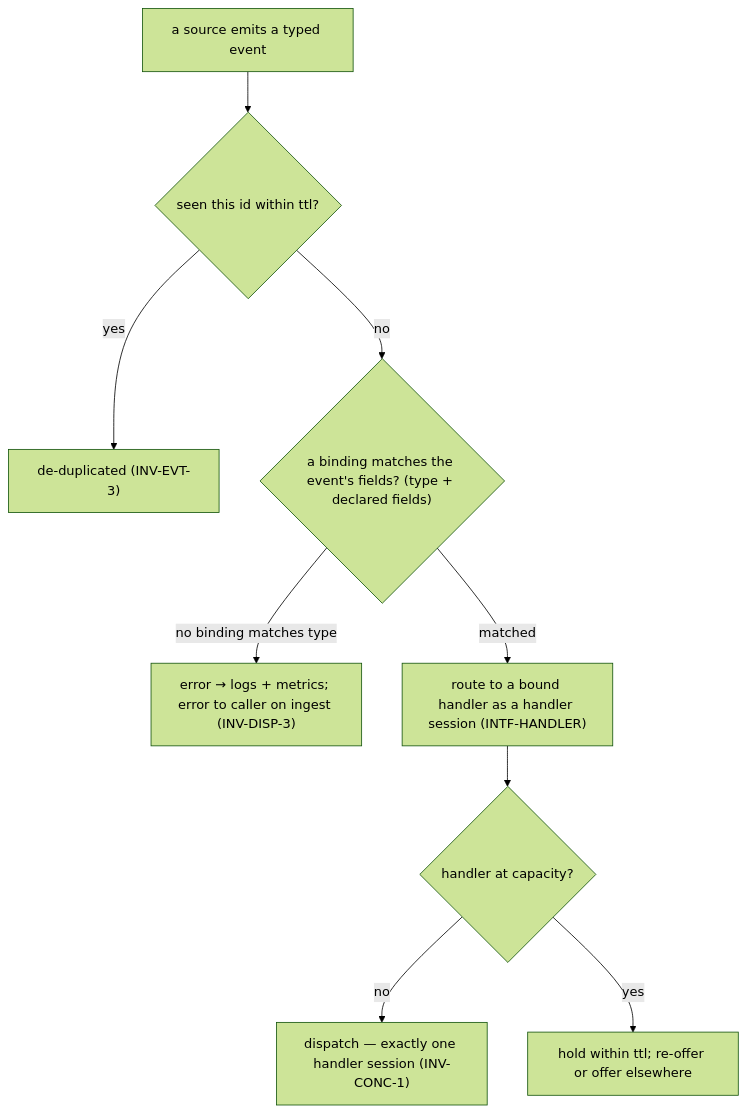
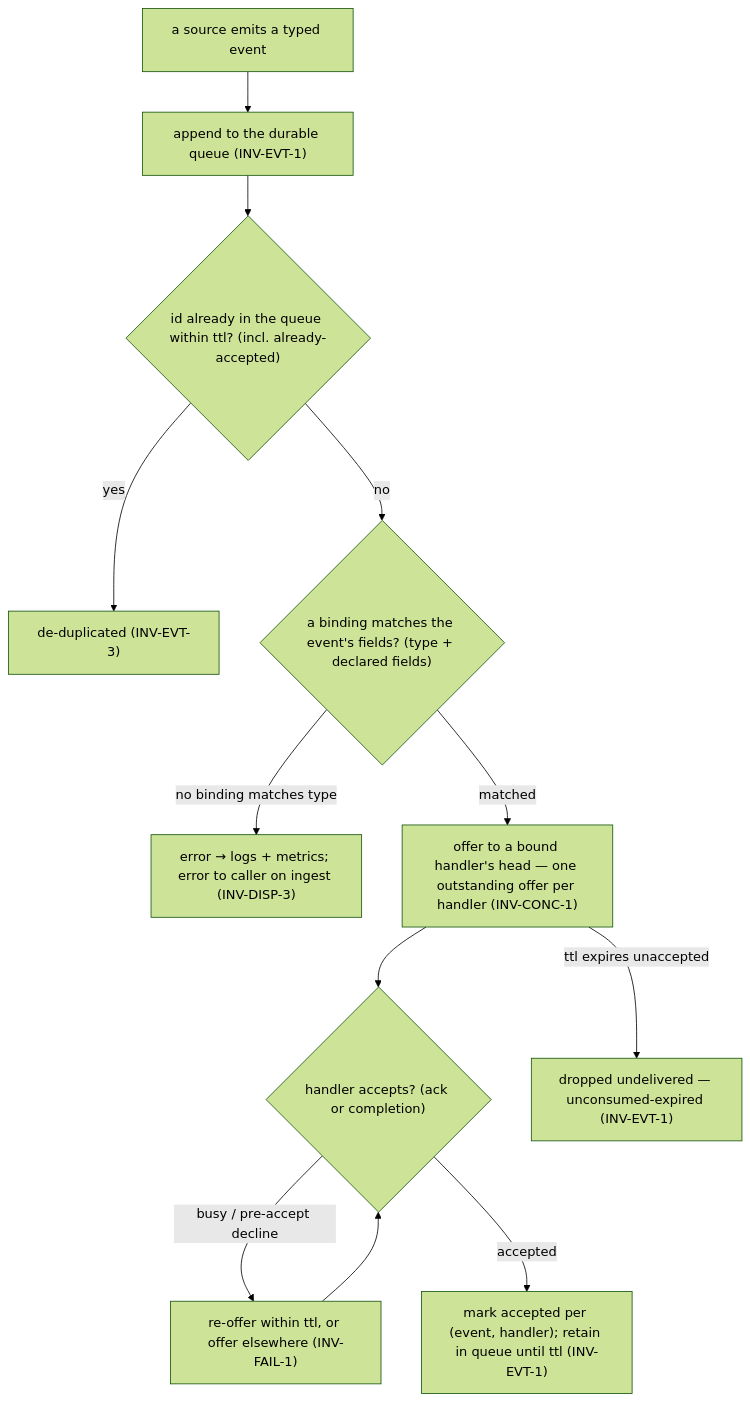
One commit to phillipgreenii/nix-agent-support changed the first of 2 diagrams in packages/pr-pool/docs/behavior/invariants.md. Above: the diagram before and after it, drawn with Mermaid (forest theme). The commit also changed other lines of this file and 6 other files, not shown here.

First line of the commit message:
pr-pool: durable ordered de-duped TTL event queue (Cluster 2 of pg2-hvlyj)

````diff
--- a/packages/pr-pool/docs/behavior/invariants.md
+++ b/packages/pr-pool/docs/behavior/invariants.md
@@ -15,11 +15,14 @@
 ```mermaid
 flowchart TD
-    emit["a source emits a typed event"] --> dedup{"seen this id within ttl?"}
+    emit["a source emits a typed event"] --> enq["append to the durable queue (INV-EVT-1)"]
+    enq --> dedup{"id already in the queue within ttl? (incl. already-accepted)"}
     dedup -->|yes| drop["de-duplicated (INV-EVT-3)"]
     dedup -->|no| match{"a binding matches the event's fields? (type + declared fields)"}
     match -->|no binding matches type| err["error → logs + metrics; error to caller on ingest (INV-DISP-3)"]
-    match -->|matched| route["route to a bound handler as a handler session (INTF-HANDLER)"]
-    route --> cap{"handler at capacity?"}
-    cap -->|no| disp["dispatch — exactly one handler session (INV-CONC-1)"]
-    cap -->|yes| hold["hold within ttl; re-offer or offer elsewhere"]
+    match -->|matched| offer["offer to a bound handler's head — one outstanding offer per handler (INV-CONC-1)"]
+    offer --> acc{"handler accepts? (ack or completion)"}
+    acc -->|"busy / pre-accept decline"| reoffer["re-offer within ttl, or offer elsewhere (INV-FAIL-1)"]
+    reoffer --> acc
+    acc -->|accepted| mark["mark accepted per (event, handler); retain in queue until ttl (INV-EVT-1)"]
+    offer -->|ttl expires unaccepted| expire["dropped undelivered — unconsumed-expired (INV-EVT-1)"]
 ```
````
